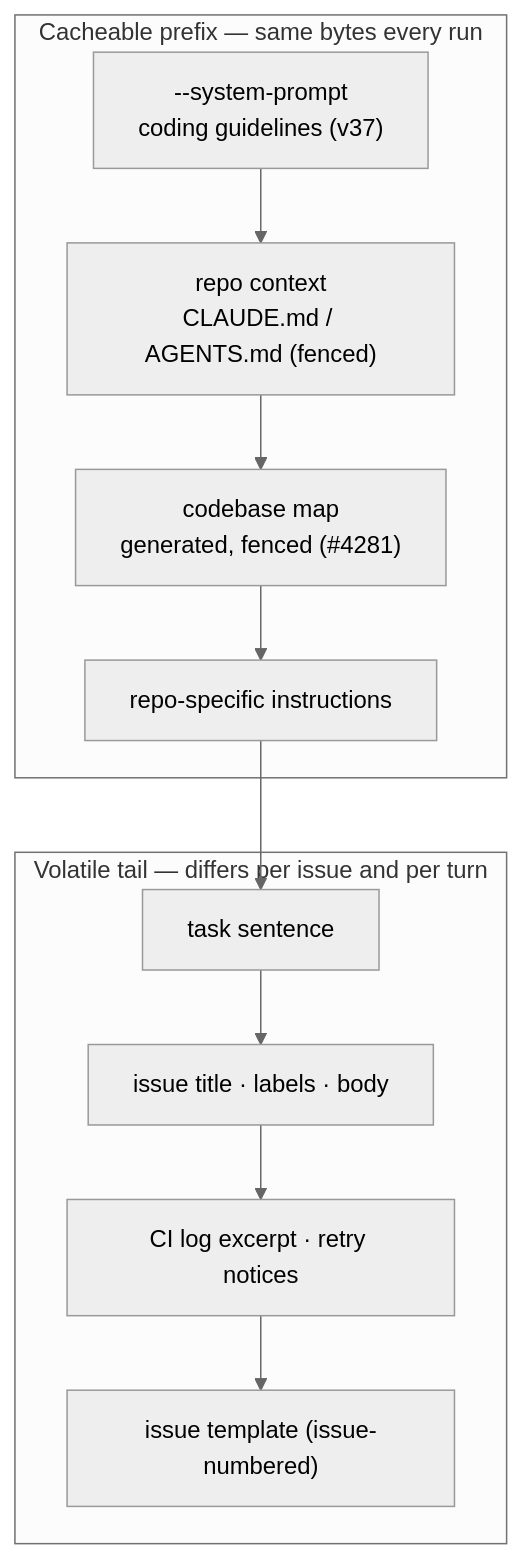
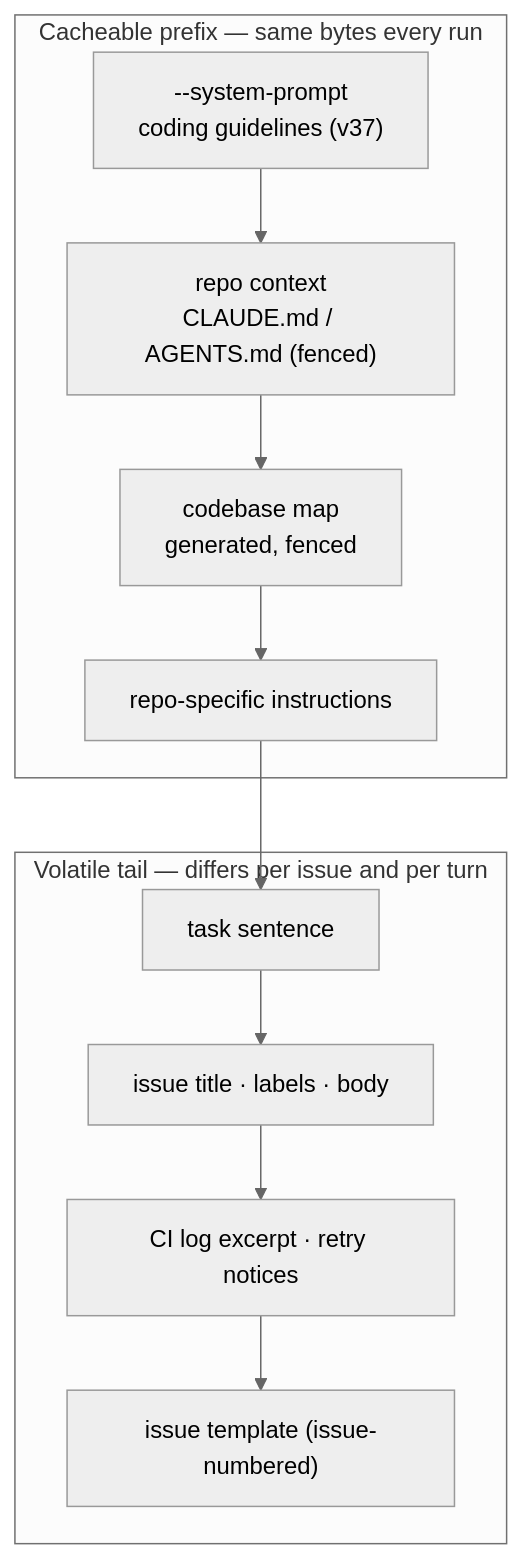
The sixth of 8 diagrams in docs/MODEL-AND-CACHING.md (stSoftwareAU/VibeCoder), drawn with Mermaid (neutral theme) before and after one commit. The commit also changed other lines of this file and 291 other files, not shown here.

````diff
--- a/docs/MODEL-AND-CACHING.md
+++ b/docs/MODEL-AND-CACHING.md
@@ -1267,16 +1265,16 @@
 ```mermaid
 flowchart TD
     subgraph Stable["Cacheable prefix — same bytes every run"]
         A["--system-prompt<br/>coding guidelines (v37)"]
         B["repo context<br/>CLAUDE.md / AGENTS.md (fenced)"]
-        C["codebase map<br/>generated, fenced (#4281)"]
+        C["codebase map<br/>generated, fenced"]
         D["repo-specific instructions"]
     end
     subgraph Volatile["Volatile tail — differs per issue and per turn"]
         E["task sentence"]
         F["issue title · labels · body"]
         G["CI log excerpt · retry notices"]
         H["issue template (issue-numbered)"]
     end
     A --> B --> C --> D --> E --> F --> G --> H
 ```
````
